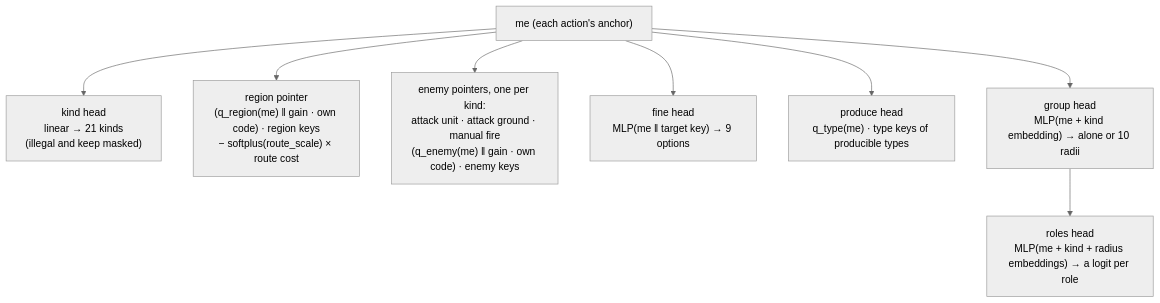
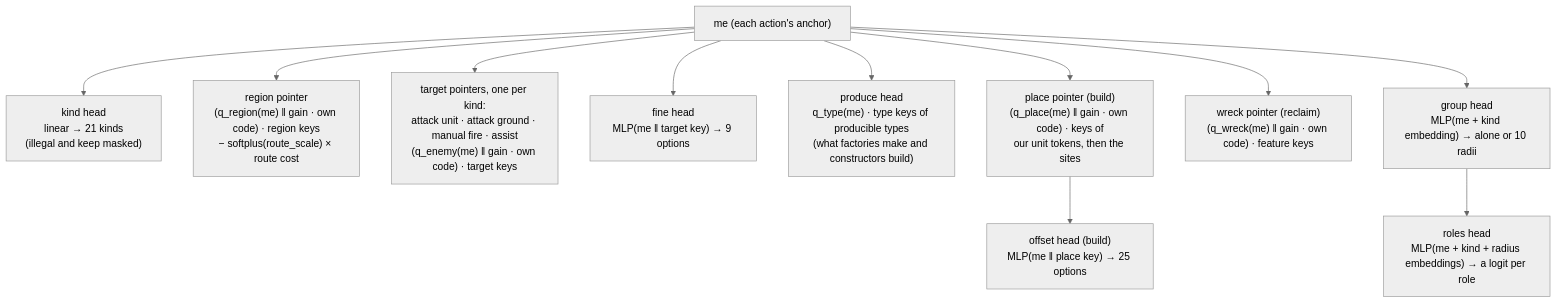
Before and after one commit to pts1667/zk-ArenaAI: the seventh of 11 diagrams in docs/model.md, drawn with Mermaid (neutral theme). The commit also changed other lines of this file and 39 other files, not shown here.

````diff
--- a/docs/model.md
+++ b/docs/model.md
@@ -226,19 +243,25 @@
 ```mermaid
 flowchart TB
     ME["me (each action's anchor)"]
     K["kind head<br/>linear → 21 kinds<br/>(illegal and keep masked)"]
     RG["region pointer<br/>(q_region(me) ‖ gain · own code) · region keys<br/>− softplus(route_scale) × route cost"]
-    EN["enemy pointers, one per kind:<br/>attack unit · attack ground · manual fire<br/>(q_enemy(me) ‖ gain · own code) · enemy keys"]
+    EN["target pointers, one per kind:<br/>attack unit · attack ground · manual fire · assist<br/>(q_enemy(me) ‖ gain · own code) · target keys"]
     FI["fine head<br/>MLP(me ‖ target key) → 9 options"]
-    PR["produce head<br/>q_type(me) · type keys of producible types"]
+    PR["produce head<br/>q_type(me) · type keys of producible types<br/>(what factories make and constructors build)"]
+    PL["place pointer (build)<br/>(q_place(me) ‖ gain · own code) · keys of<br/>our unit tokens, then the sites"]
+    OF["offset head (build)<br/>MLP(me ‖ place key) → 25 options"]
+    WR["wreck pointer (reclaim)<br/>(q_wreck(me) ‖ gain · own code) · feature keys"]
     GR["group head<br/>MLP(me + kind embedding) → alone or 10 radii"]
     RO["roles head<br/>MLP(me + kind + radius embeddings) → a logit per role"]
 
     ME --> K
     ME --> RG
     ME --> EN
     ME --> FI
     ME --> PR
+    ME --> PL
+    PL --> OF
+    ME --> WR
     ME --> GR
     GR --> RO
 ```
````
